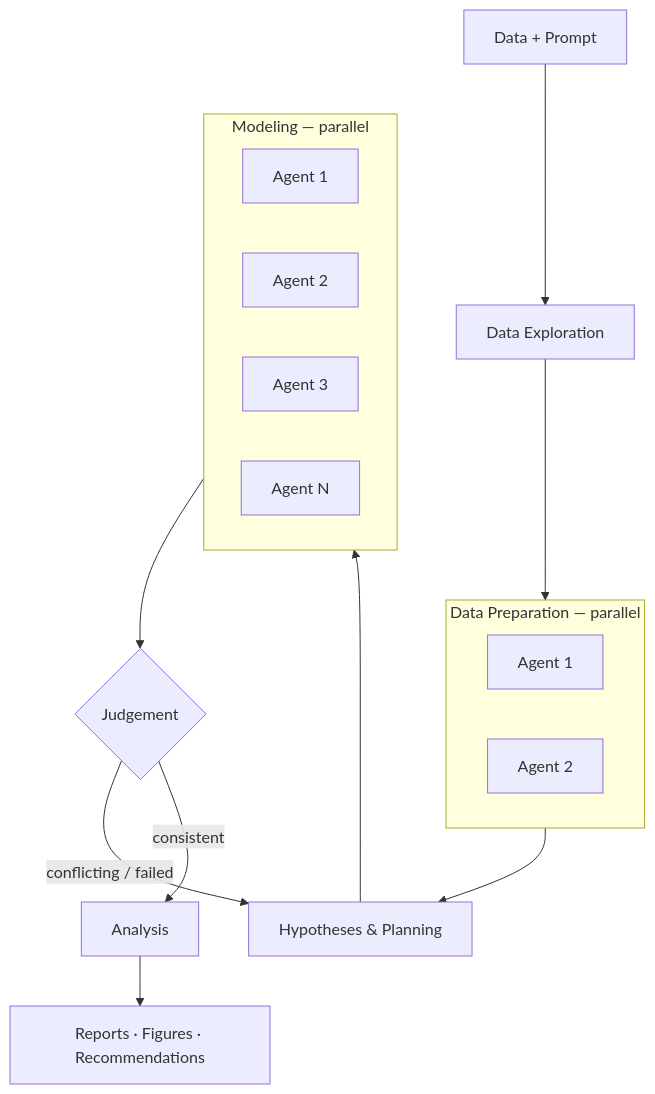
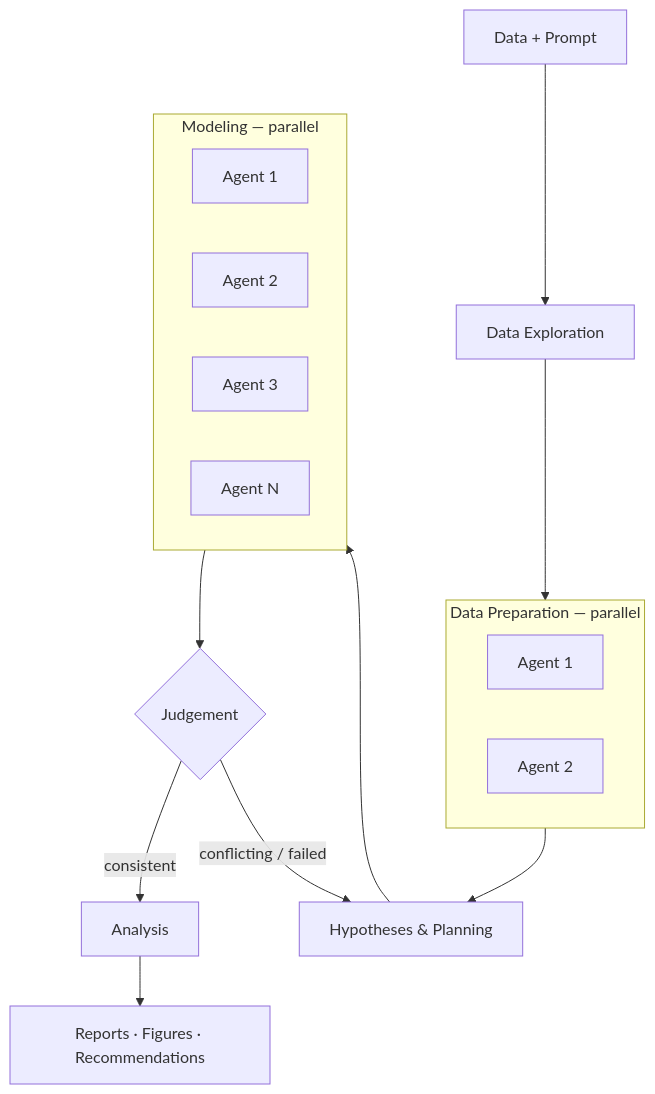
One commit to pymc-labs/decision-lab changed the diagram in decision-packs/mmm/README.md. Above: the diagram before and after it, drawn with Mermaid. The commit also changed other lines of this file, not shown here.

Commit message:
Swap branch order in diagram

````diff
--- a/decision-packs/mmm/README.md
+++ b/decision-packs/mmm/README.md
@@ -17,25 +17,25 @@
 ```mermaid
 graph TD
     D[Data + Prompt] --> E[Data Exploration]
     E --> DP
 
     subgraph DP [Data Preparation — parallel]
         DP1[Agent 1]
         DP2[Agent 2]
     end
 
     DP --> HP[Hypotheses & Planning]
     HP --> M
 
     subgraph M [Modeling — parallel]
         M1[Agent 1]
         M2[Agent 2]
         M3[Agent 3]
         MN[Agent N]
     end
 
     M --> J{Judgement}
+    J -- consistent --> A[Analysis]
     J -- conflicting / failed --> HP
-    J -- consistent --> A[Analysis]
     A --> O[Reports · Figures · Recommendations]
 ```
````
